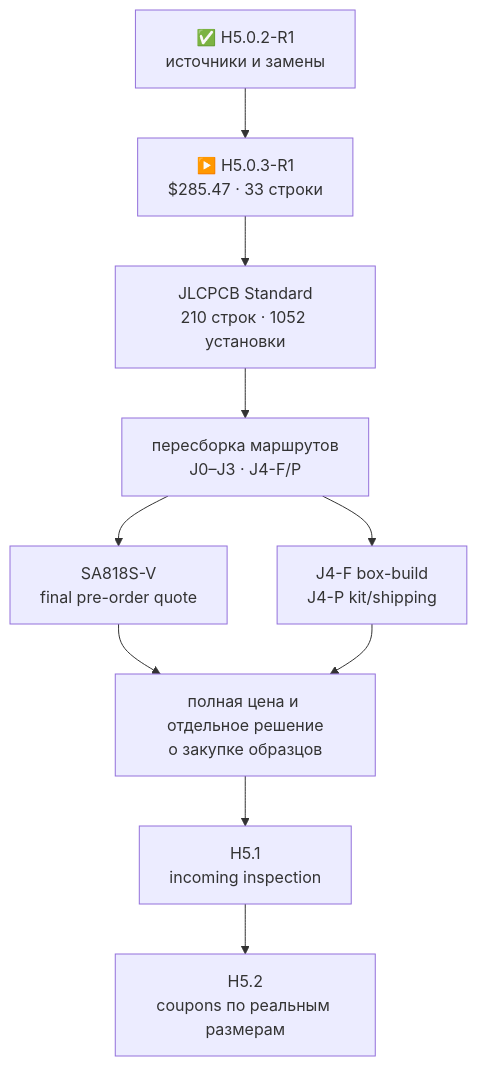
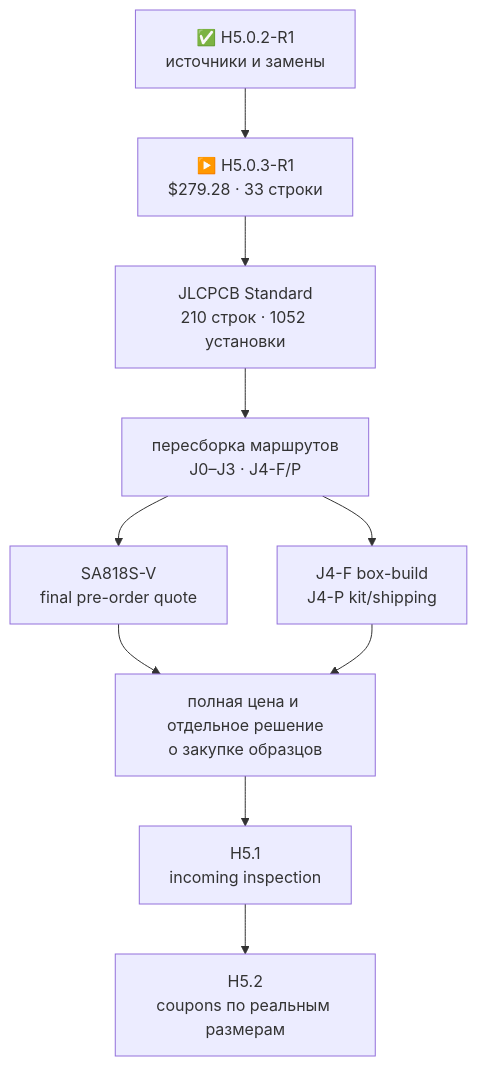
One commit to anton-vinogradov/esp32-leshy2 changed the diagram in docs/component-sample-basket.ru.md. Above: the diagram before and after it, drawn with Mermaid. The commit also changed other lines of this file and 88 other files, not shown here.

````diff
--- a/docs/component-sample-basket.ru.md
+++ b/docs/component-sample-basket.ru.md
@@ -7,12 +7,12 @@
 ```mermaid
 flowchart TD
-  R["✅ H5.0.2-R1<br/>источники и замены"] --> B["▶️ H5.0.3-R1<br/>$285.47 · 33 строки"]
+  R["✅ H5.0.2-R1<br/>источники и замены"] --> B["▶️ H5.0.3-R1<br/>$279.28 · 33 строки"]
   B --> P["JLCPCB Standard<br/>210 строк · 1052 установки"]
   P --> Q["пересборка маршрутов<br/>J0–J3 · J4-F/P"]
   Q --> S["SA818S-V<br/>final pre-order quote"]
   Q --> X["J4-F box-build<br/>J4-P kit/shipping"]
   S --> A["полная цена и отдельное решение<br/>о закупке образцов"]
   X --> A
   A --> H51["H5.1<br/>incoming inspection"]
   H51 --> H52["H5.2<br/>coupons по реальным размерам"]
 ```
````
